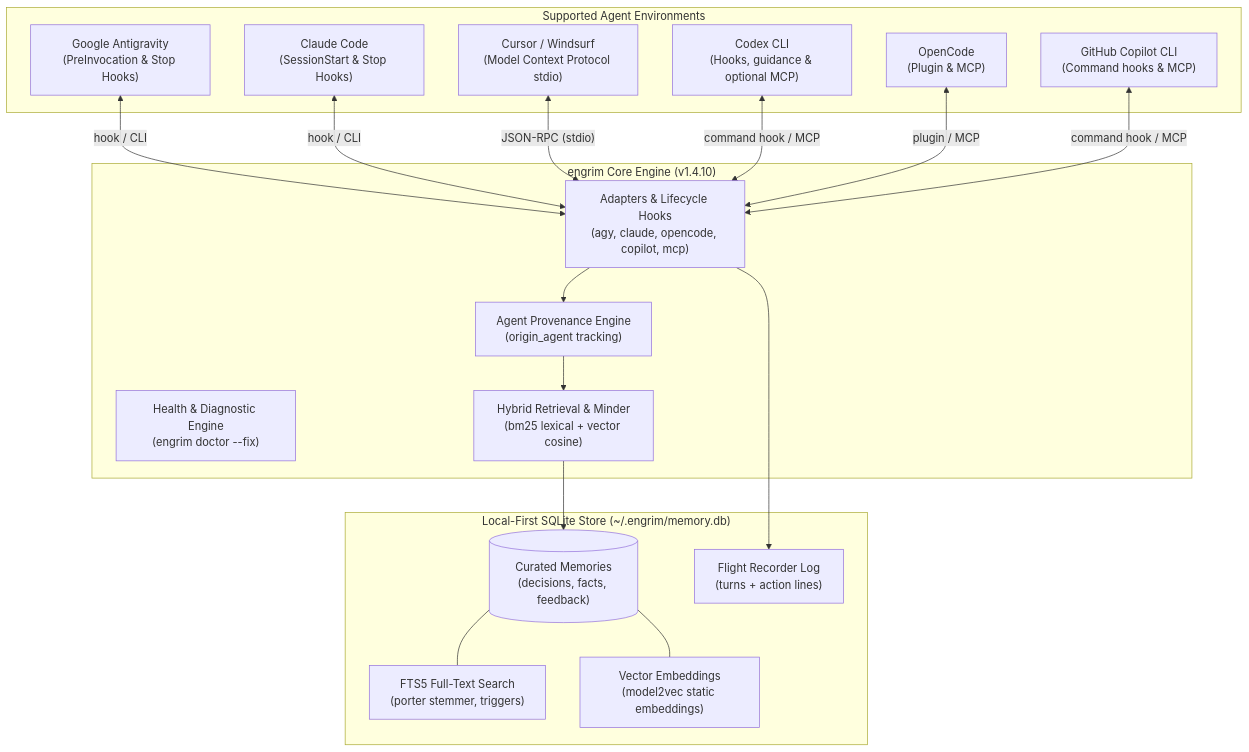
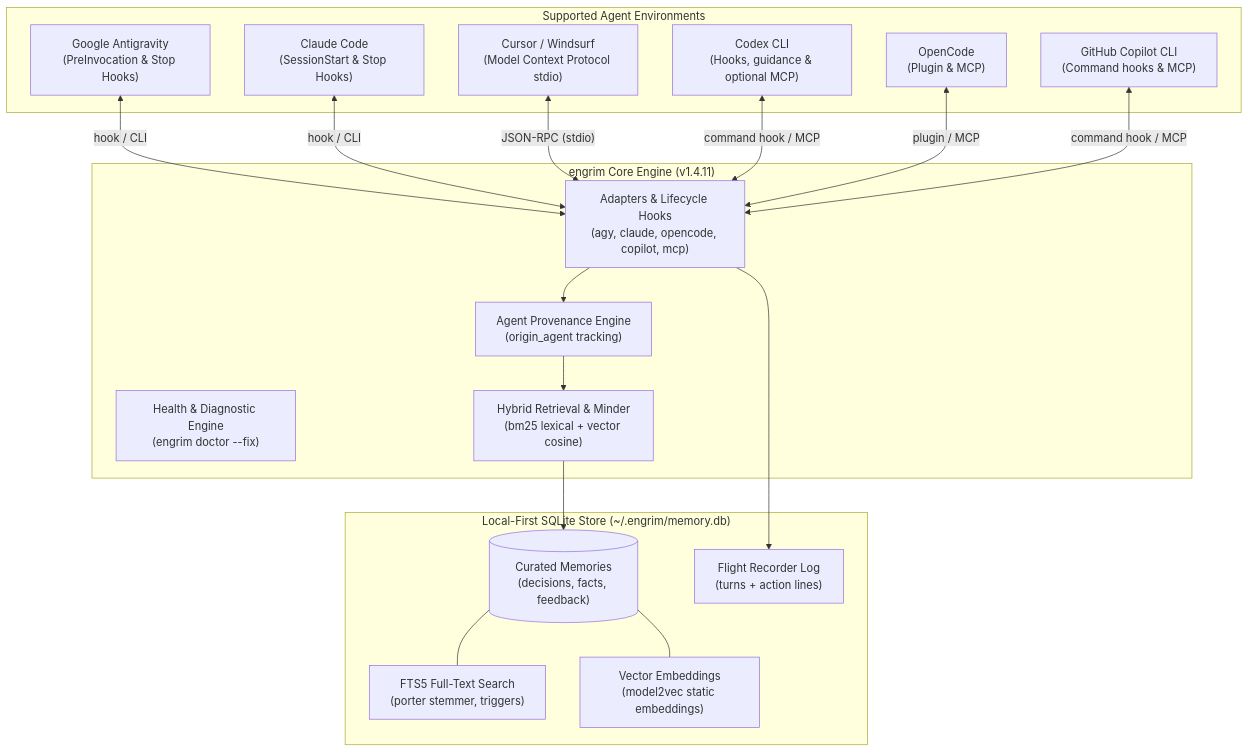
The diagram in README.md (HinchK/engrim), drawn with Mermaid before and after one commit. The commit also changed 6 other files, not shown here.

````diff
--- a/README.md
+++ b/README.md
@@ -39,38 +39,38 @@
 ```mermaid
 graph TD
     subgraph Agents ["Supported Agent Environments"]
         AGY["Google Antigravity<br/>(PreInvocation & Stop Hooks)"]
         CLAUDE["Claude Code<br/>(SessionStart & Stop Hooks)"]
         CURSOR["Cursor / Windsurf<br/>(Model Context Protocol stdio)"]
         CODEX["Codex CLI<br/>(Hooks, guidance & optional MCP)"]
         OPENCODE["OpenCode<br/>(Plugin & MCP)"]
         COPILOT["GitHub Copilot CLI<br/>(Command hooks & MCP)"]
     end
 
-    subgraph CoreEngine ["engrim Core Engine (v1.4.10)"]
+    subgraph CoreEngine ["engrim Core Engine (v1.4.11)"]
         ADAPTERS["Adapters & Lifecycle Hooks<br/>(agy, claude, opencode, copilot, mcp)"]
         DOCTOR["Health & Diagnostic Engine<br/>(engrim doctor --fix)"]
         PROVENANCE["Agent Provenance Engine<br/>(origin_agent tracking)"]
         ROUTER["Hybrid Retrieval & Minder<br/>(bm25 lexical + vector cosine)"]
     end
 
     subgraph Storage ["Local-First SQLite Store (~/.engrim/memory.db)"]
         MEMORIES[("Curated Memories<br/>(decisions, facts, feedback)")]
         FTS5["FTS5 Full-Text Search<br/>(porter stemmer, triggers)"]
         VEC["Vector Embeddings<br/>(model2vec static embeddings)"]
         LOG["Flight Recorder Log<br/>(turns + action lines)"]
     end
 
     AGY <-->|"hook / CLI"| ADAPTERS
     CLAUDE <-->|"hook / CLI"| ADAPTERS
     CURSOR <-->|"JSON-RPC (stdio)"| ADAPTERS
     CODEX <-->|"command hook / MCP"| ADAPTERS
     OPENCODE <-->|"plugin / MCP"| ADAPTERS
     COPILOT <-->|"command hook / MCP"| ADAPTERS
     ADAPTERS --> PROVENANCE
     PROVENANCE --> ROUTER
     ROUTER --> MEMORIES
     MEMORIES --- FTS5
     MEMORIES --- VEC
     ADAPTERS --> LOG
 ```
````
